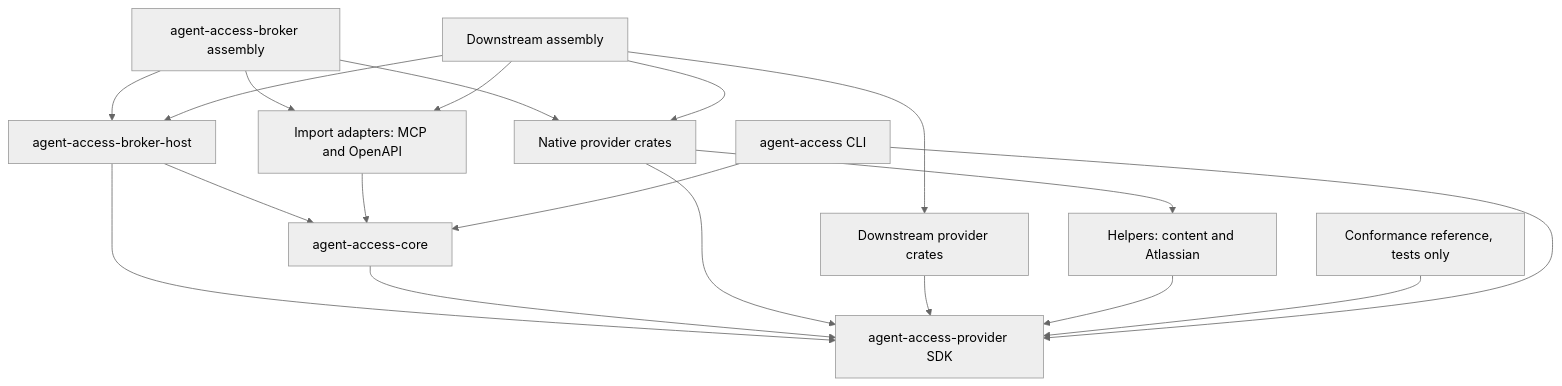
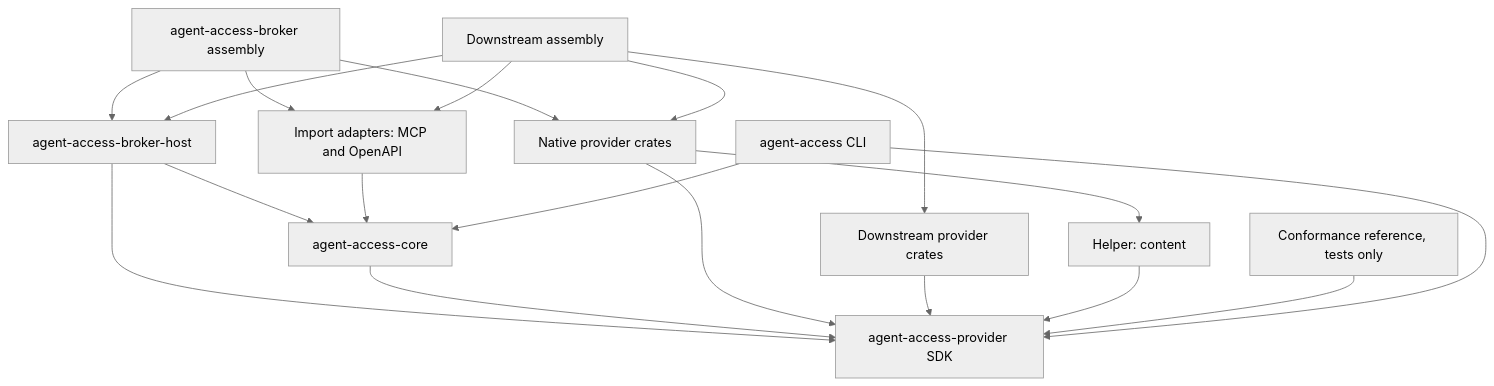
The first of 3 diagrams in docs/design.md (kcosr/agent-access-broker), drawn with Mermaid (neutral theme) before and after one commit. The commit also changed other lines of this file and 24 other files, not shown here.

````diff
--- a/docs/design.md
+++ b/docs/design.md
@@ -214,21 +215,21 @@
 ```mermaid
 flowchart TD
     Assembly[agent-access-broker assembly] --> Host[agent-access-broker-host]
     Downstream[Downstream assembly] --> Host
     Assembly --> Natives[Native provider crates]
     Downstream --> Natives
     Downstream --> Own[Downstream provider crates]
     Assembly --> Adapters[Import adapters: MCP and OpenAPI]
     Downstream --> Adapters
     Host --> Core[agent-access-core]
     Host --> SDK[agent-access-provider SDK]
     Adapters --> Core
     Core --> SDK
     Natives --> SDK
     Own --> SDK
-    Natives --> Helpers[Helpers: content and Atlassian]
+    Natives --> Helpers[Helper: content]
     Helpers --> SDK
     Reference[Conformance reference, tests only] --> SDK
     CLI[agent-access CLI] --> Core
     CLI --> SDK
 ```
````
